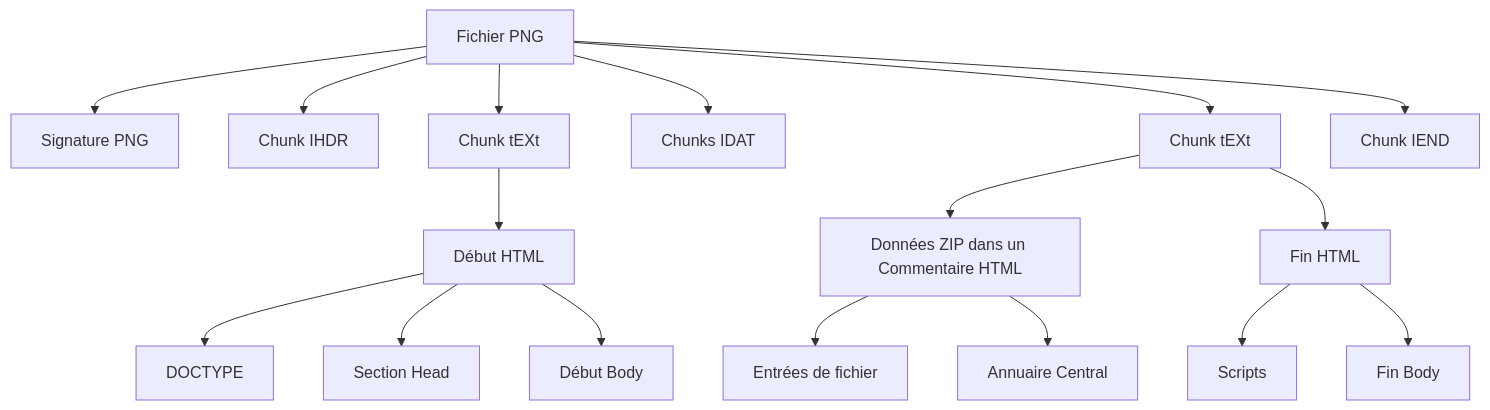
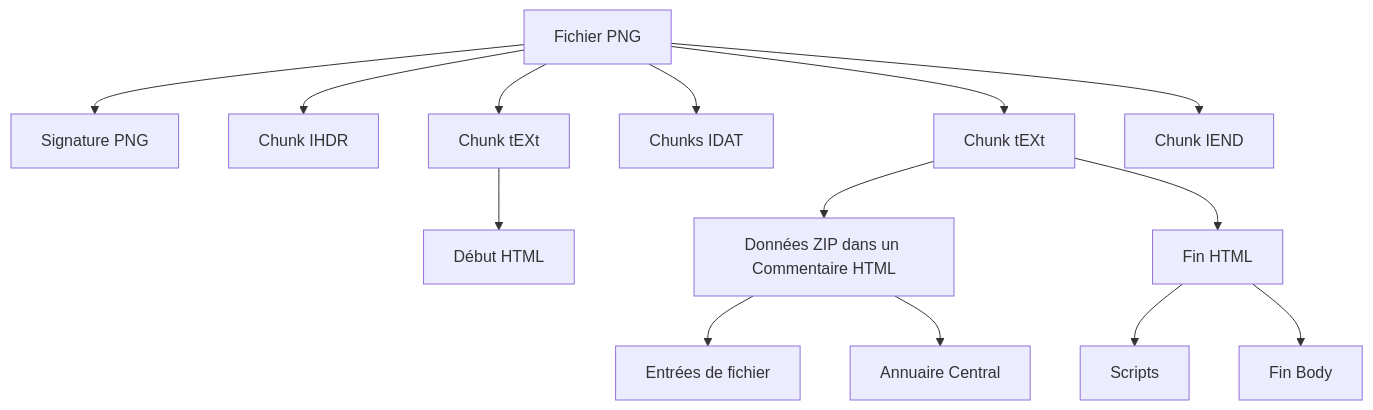
Before and after one commit to gildas-lormeau/Polyglot-HTML-ZIP-PNG: the diagram in fr-FR/RESUME.md, drawn with Mermaid.

Commit message:
simplify diagram

````diff
--- a/fr-FR/RESUME.md
+++ b/fr-FR/RESUME.md
@@ -117,22 +117,19 @@
 ```mermaid
 graph TD
     A[Fichier PNG] --> B[Signature PNG]
     A --> C[Chunk IHDR]
     A --> D[Chunk tEXt]
     A --> E[Chunks IDAT]
     A --> F[Chunk tEXt]
     A --> G[Chunk IEND]
 
     D --> H[Début HTML]
-    H --> I[DOCTYPE]
-    H --> J[Section Head]
-    H --> K[Début Body]
 
     F --> L[Données ZIP dans un Commentaire HTML]
     L --> M[Entrées de fichier]
     L --> N[Annuaire Central]
 
     F --> P[Fin HTML]
     P --> Q[Scripts]
     P --> R[Fin Body]
 ```
````
